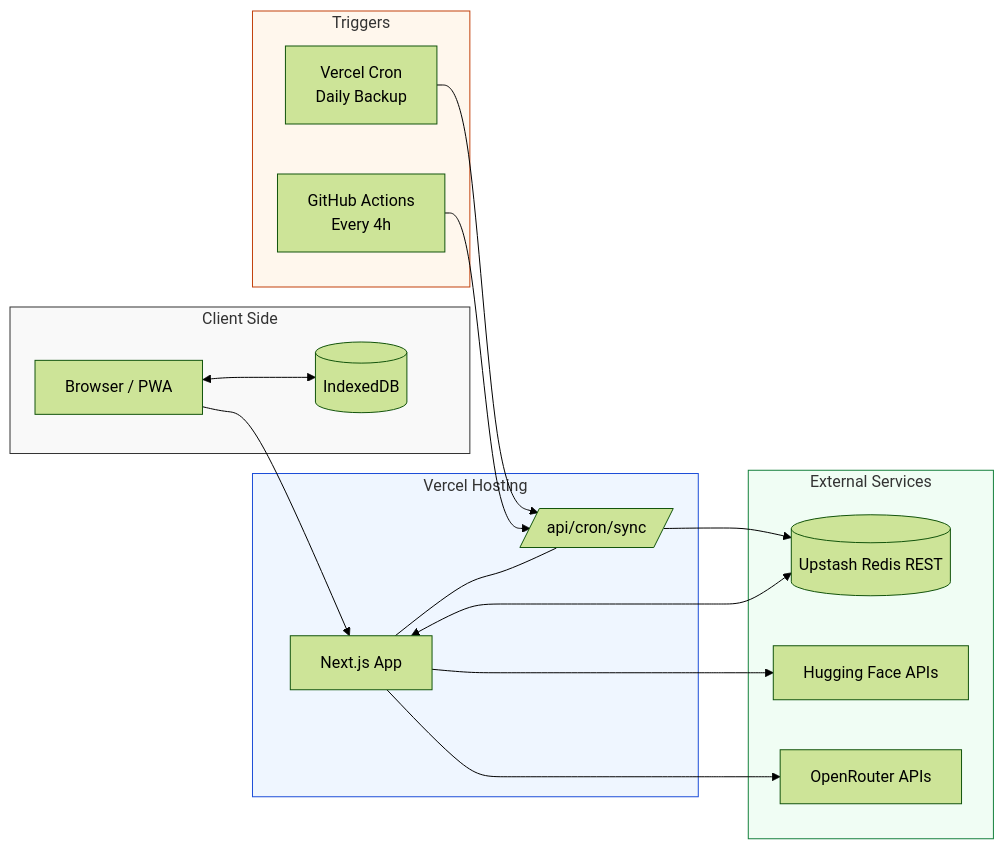
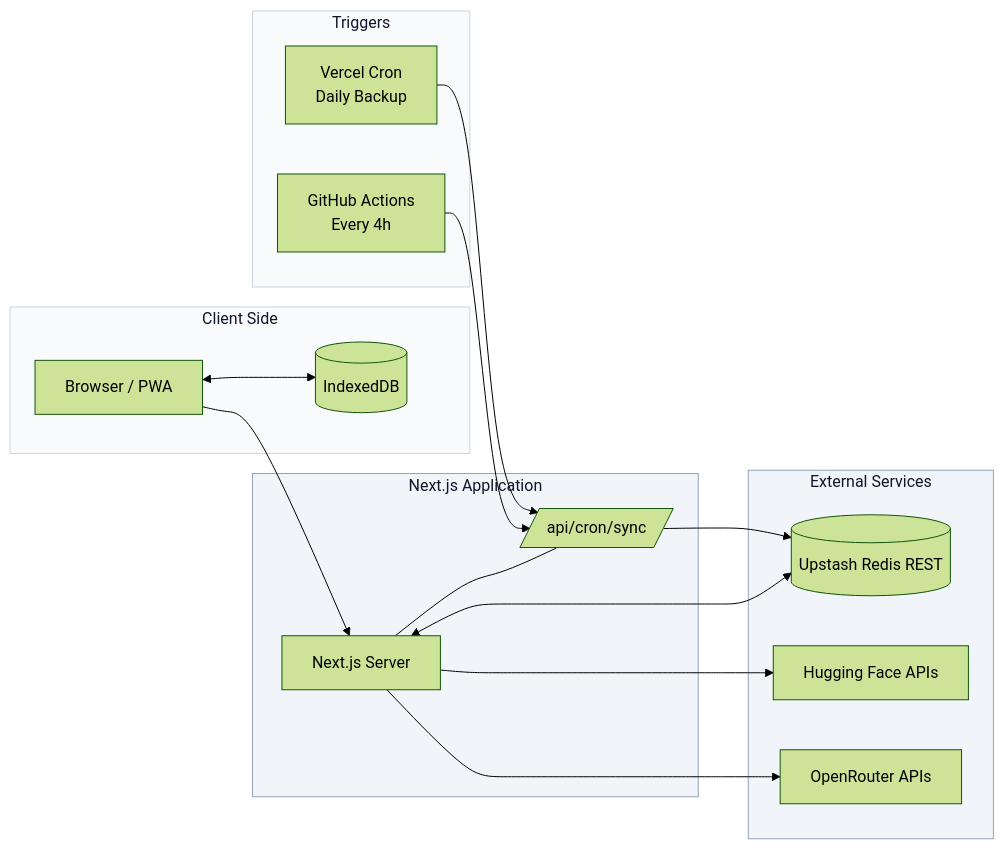
The diagram in README.md (vulpixlabs/vulpix), drawn with Mermaid (forest theme) before and after one commit.

Commit message:
docs: Revise architecture diagram and styling in README
Updated the architecture diagram in README.md to improve clarity and consistency in naming conventions.

````diff
--- a/README.md
+++ b/README.md
@@ -79,47 +79,48 @@
 ```mermaid
 flowchart LR
-    %% Pengguna & Frontend
-    subgraph Frontend [Client Side]
+    %% Frontend / Client
+    subgraph Client [Client Side]
         U[Browser / PWA]
         IDB[(IndexedDB)]
         U <--> IDB
     end
 
-    %% Backend & Routing
-    subgraph Backend [Vercel Hosting]
-        N[Next.js App]
+    %% Backend / Application
+    subgraph App [Next.js Application]
+        N[Next.js Server]
         CR[/api/cron/sync/]
         N --- CR
     end
 
-    %% Pemicu Otomatisasi
+    %% Automation Triggers
     subgraph Automation [Triggers]
         GH[GitHub Actions\nEvery 4h]
         VC[Vercel Cron\nDaily Backup]
     end
 
-    %% Layanan Pihak Ketiga
+    %% External Services
     subgraph Services [External Services]
         R[(Upstash Redis REST)]
         HF[Hugging Face APIs]
         OR[OpenRouter APIs]
     end
 
-    %% Hubungan Alur Data
+    %% Core Data Flow
     U --> N
     N --> HF
     N --> OR
     N <--> R
 
-    %% Alur Kerja Cron
+    %% Automation Flow
     GH --> CR
     VC --> CR
     CR --> R
 
-    %% Gaya Visual
-    style Frontend fill:#f9f9f9,stroke:#333,stroke-width:1px
-    style Backend fill:#eff6ff,stroke:#1d4ed8,stroke-width:1px
-    style Automation fill:#fff7ed,stroke:#c2410c,stroke-width:1px
-    style Services fill:#f0fdf4,stroke:#15803d,stroke-width:1px
+    %% Professional Neutral Color Styling
+    style Client fill:#f8fafc,stroke:#cbd5e1,stroke-width:1px,color:#0f172a
+    style App fill:#f1f5f9,stroke:#94a3b8,stroke-width:1px,color:#0f172a
+    style Automation fill:#f8fafc,stroke:#cbd5e1,stroke-width:1px,color:#0f172a
+    style Services fill:#f1f5f9,stroke:#94a3b8,stroke-width:1px,color:#0f172a
+
 
 ```
````
